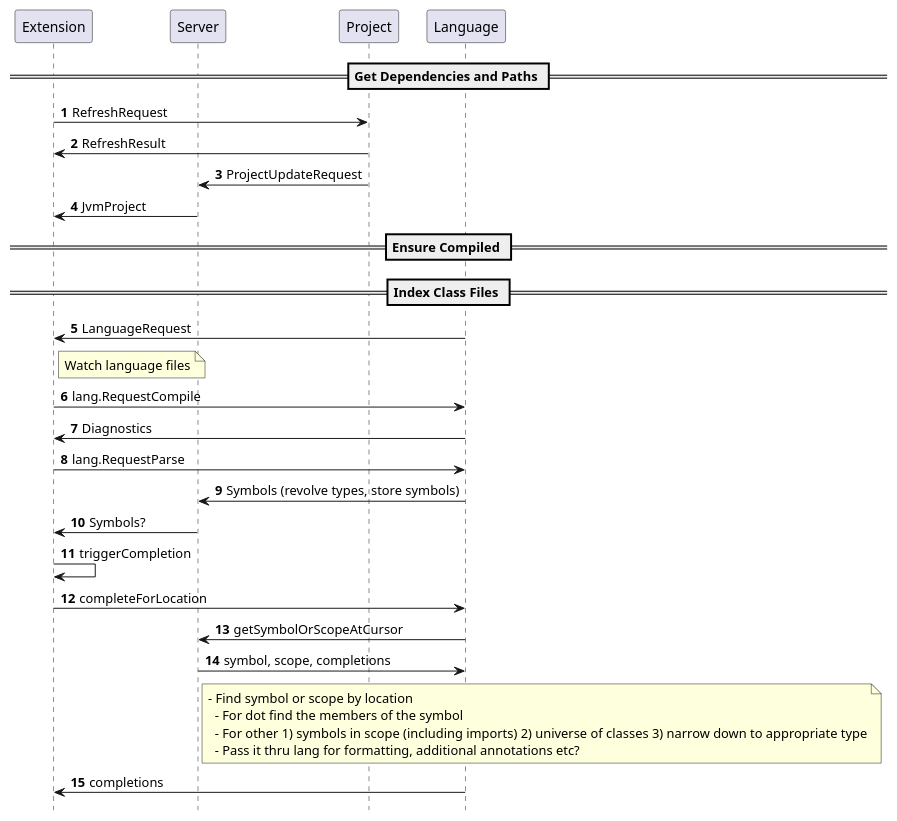
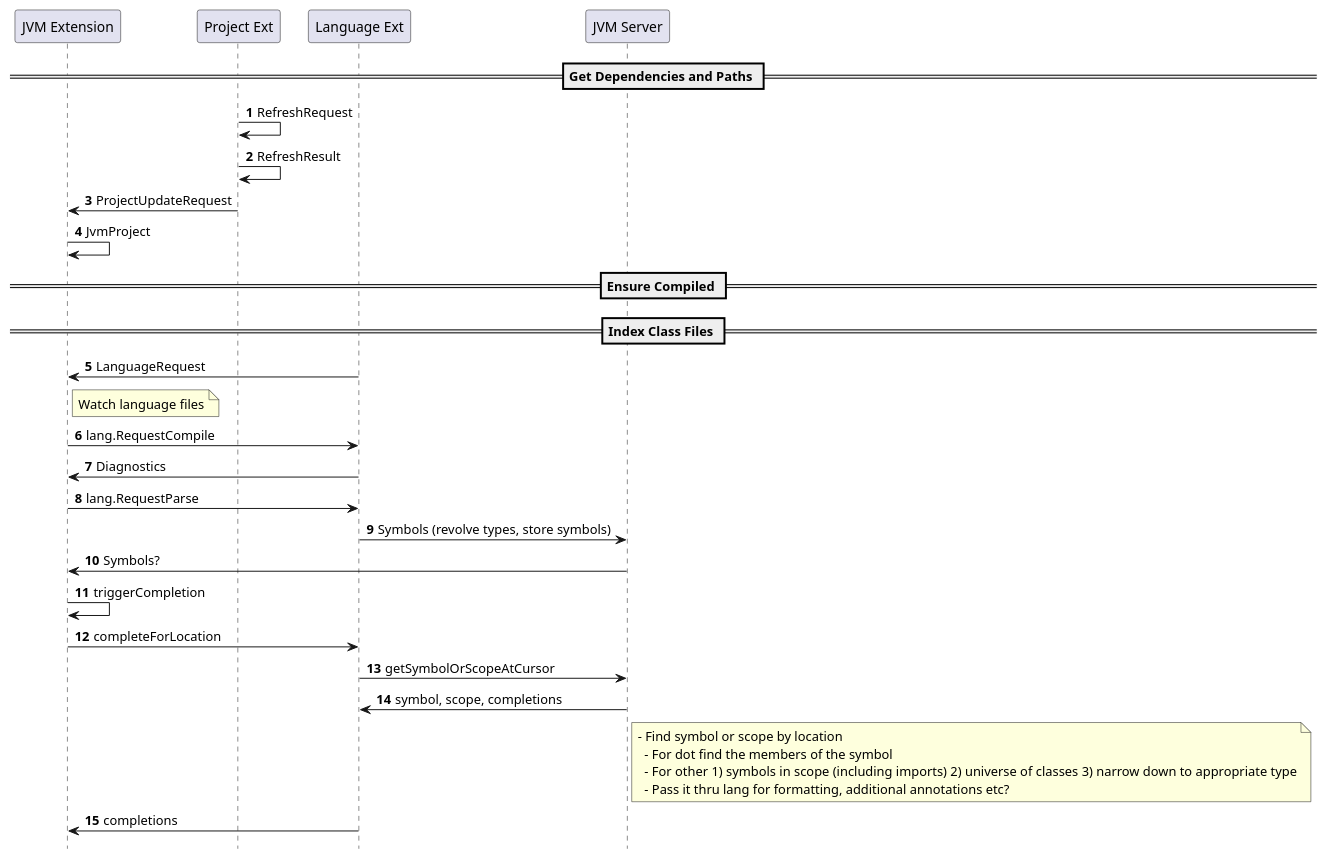
One commit to msimmons/jvmcode changed the diagram in resources/jvmcode.puml. Above: the diagram before and after it, drawn with PlantUML. The commit also changed 2 other files, not shown here.

```diff
--- a/resources/jvmcode.puml
+++ b/resources/jvmcode.puml
@@ -1,47 +1,47 @@
 @startuml "JVM Code Sequences"
 autonumber
 hide footbox
 
-participant "Extension" as vscode order 10
-participant "Server" as jvm order 20
-participant "Project" as project order 30
-participant "Language" as lang order 50
+participant "JVM Extension" as jvmcode order 10
+participant "JVM Server" as jvm order 60
+participant "Project Ext" as project order 30
+participant "Language Ext" as lang order 50
 
 == Get Dependencies and Paths ==
-vscode -> project: RefreshRequest
-project -> vscode: RefreshResult
-project -> jvm: ProjectUpdateRequest
-jvm -> vscode: JvmProject
+project -> project: RefreshRequest
+project -> project: RefreshResult
+project -> jvmcode: ProjectUpdateRequest
+jvmcode -> jvmcode: JvmProject
 
 == Ensure Compiled ==
 == Index Class Files ==
 
 
 
 
 
-lang -> vscode: LanguageRequest
-note right of vscode
+lang -> jvmcode: LanguageRequest
+note right of jvmcode
    Watch language files
 end note
 
-vscode -> lang: lang.RequestCompile
-lang -> vscode: Diagnostics
+jvmcode -> lang: lang.RequestCompile
+lang -> jvmcode: Diagnostics
 
-vscode -> lang: lang.RequestParse
+jvmcode -> lang: lang.RequestParse
 lang -> jvm: Symbols (revolve types, store symbols)
-jvm -> vscode: Symbols?
+jvm -> jvmcode: Symbols?
 
-vscode -> vscode: triggerCompletion
-vscode -> lang: completeForLocation
+jvmcode -> jvmcode: triggerCompletion
+jvmcode -> lang: completeForLocation
 lang -> jvm: getSymbolOrScopeAtCursor
 jvm -> lang: symbol, scope, completions
 note right of jvm
 - Find symbol or scope by location
   - For dot find the members of the symbol
   - For other 1) symbols in scope (including imports) 2) universe of classes 3) narrow down to appropriate type
   - Pass it thru lang for formatting, additional annotations etc?
 end note
-lang -> vscode: completions
+lang -> jvmcode: completions
 
 @enduml
```
